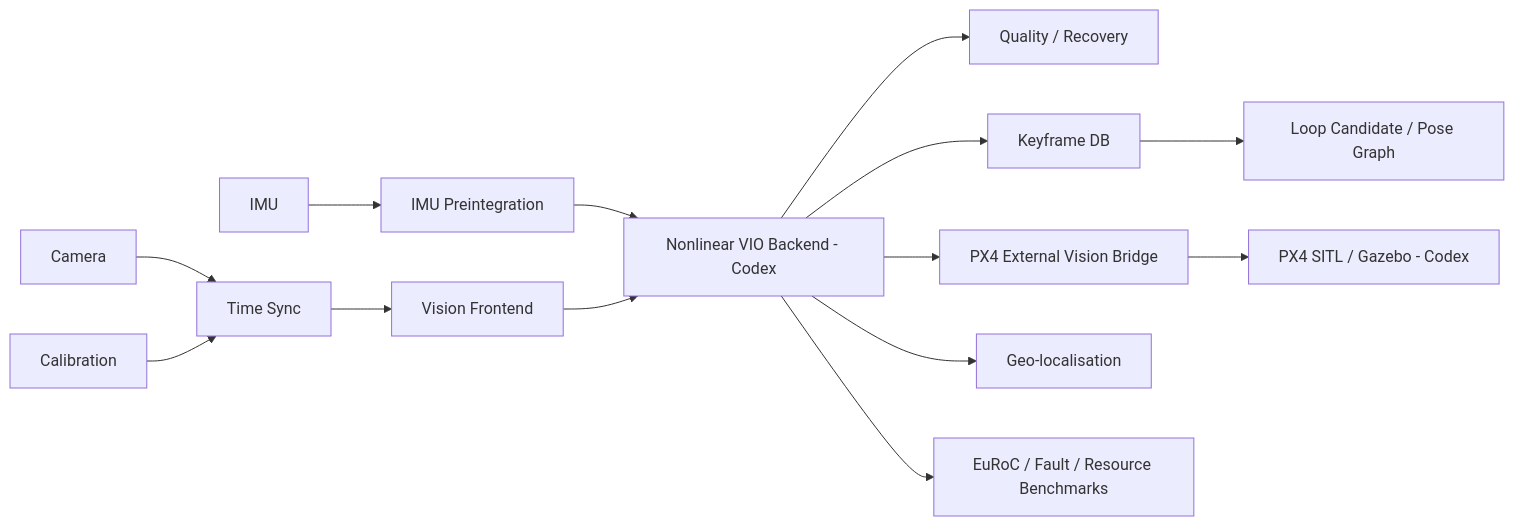
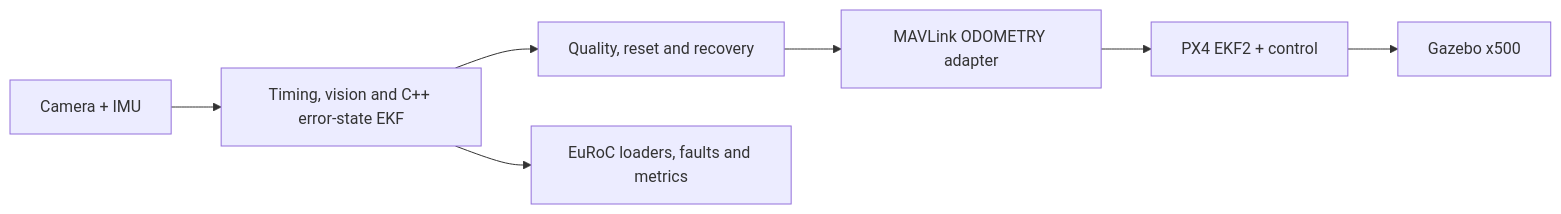
Before and after one commit to sri1650/visual-inertial-uav-navigation: the diagram in README.md, drawn with Mermaid. The commit also changed other lines of this file and 4 other files, not shown here.

````diff
--- a/README.md
+++ b/README.md
@@ -50,16 +23,9 @@
 ```mermaid
 flowchart LR
-  CAM[Camera] --> SYNC[Time Sync]
-  IMU[IMU] --> PRE[IMU Preintegration]
-  CAL[Calibration] --> SYNC
-  SYNC --> FE[Vision Frontend]
-  PRE --> VIO[Nonlinear VIO Backend - Codex]
-  FE --> VIO
-  VIO --> QUAL[Quality / Recovery]
-  VIO --> KF[Keyframe DB]
-  KF --> LOOP[Loop Candidate / Pose Graph]
-  VIO --> PX4[PX4 External Vision Bridge]
-  PX4 --> SITL[PX4 SITL / Gazebo - Codex]
-  VIO --> GEO[Geo-localisation]
-  VIO --> BENCH[EuRoC / Fault / Resource Benchmarks]
+  SENSOR[Camera + IMU] --> CORE[Timing, vision and C++ error-state EKF]
+  CORE --> HEALTH[Quality, reset and recovery]
+  HEALTH --> BRIDGE[MAVLink ODOMETRY adapter]
+  BRIDGE --> PX4[PX4 EKF2 + control]
+  PX4 --> SITL[Gazebo x500]
+  CORE --> EVAL[EuRoC loaders, faults and metrics]
 ```
````
